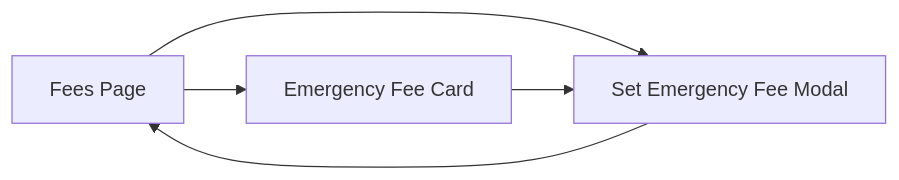
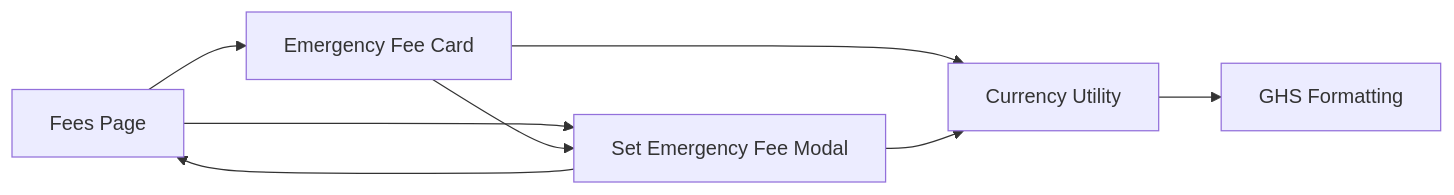
One commit to Lazynerd-Studios/lacarte-atlas-console changed the seventh of 7 diagrams in .qoder/repowiki/en/content/Business Modules/Emergency Fee Management.md. Above: the diagram before and after it, drawn with Mermaid. The commit also changed other lines of this file and 3 other files, not shown here.

````diff
--- a/.qoder/repowiki/en/content/Business Modules/Emergency Fee Management.md
+++ b/.qoder/repowiki/en/content/Business Modules/Emergency Fee Management.md
@@ -216,7 +290,10 @@
 ```mermaid
 graph LR
 Page["Fees Page"] --> Card["Emergency Fee Card"]
 Page --> Modal["Set Emergency Fee Modal"]
 Card --> Modal
 Modal --> Page
+Card --> Currency["Currency Utility"]
+Modal --> Currency
+Currency --> Format["GHS Formatting"]
 ```
````
